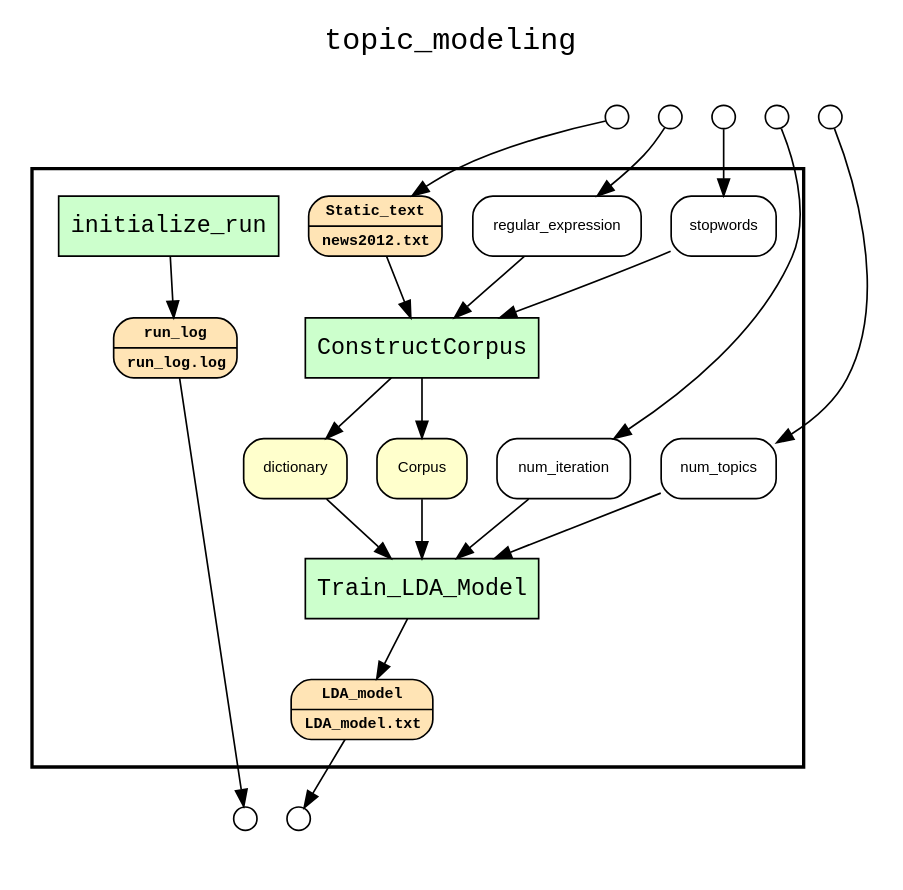
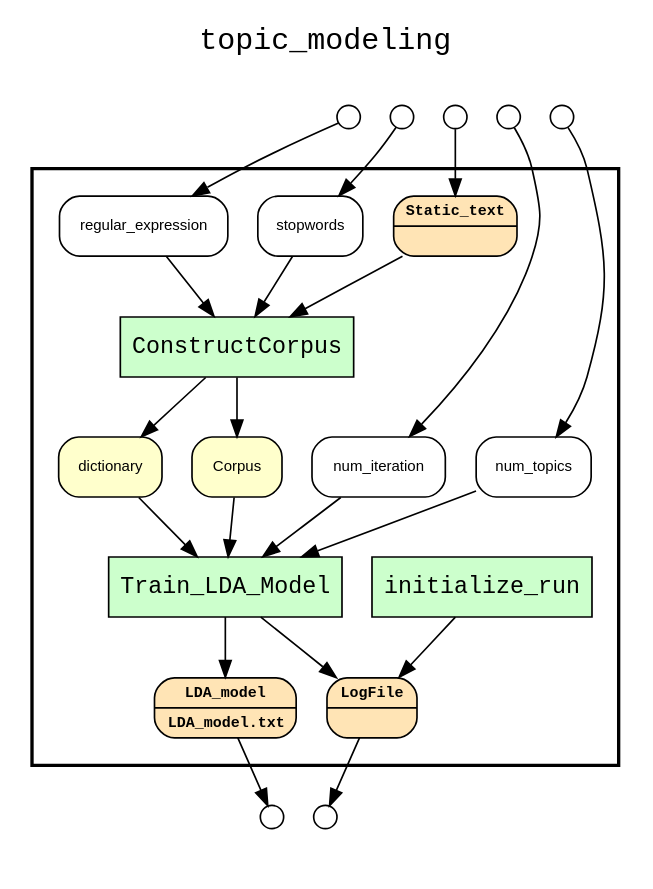
The diagram in text_mining/topic_modeling/results/wf_recon_complete_graph_all_observables.gv (LanLi2017/yw_text-mining), drawn with Graphviz before and after one commit. The commit also changed 33 other files, not shown here.

```diff
--- a/text_mining/topic_modeling/results/wf_recon_complete_graph_all_observables.gv
+++ b/text_mining/topic_modeling/results/wf_recon_complete_graph_all_observables.gv
@@ -1,60 +1,61 @@
 
 digraph yw_data_view {
 rankdir=TB
 fontname=Courier; fontsize=18; labelloc=t
 label="topic_modeling"
 subgraph cluster_workflow { label=""; color=black; penwidth=2
 subgraph cluster_workflow_inner { label=""; color=white
 node[shape=box style="filled" fillcolor="#CCFFCC" peripheries=1 fontname=Courier]
 initialize_run
 Train_LDA_Model
 node[shape=box style="filled" fillcolor="#CCFFCC" peripheries=1 fontname=Courier]
 ConstructCorpus
 node[shape=box style="rounded,filled" fillcolor="#FFE4B5" peripheries=1 fontname="Courier-Bold" fontsize=9]
-Static_text[shape=record rankdir=LR label="{<f0> Static_text |<f1>news2012.txt\l}"]
+Static_text[shape=record rankdir=LR label="{<f0> Static_text |<f1>}"]
 node[shape=box style="rounded,filled" fillcolor="#FFFFCC" peripheries=1 fontname=Helvetica]
 dictionary
 Corpus
 node[shape=box style="rounded,filled" fillcolor="#FFE4B5" peripheries=1 fontname="Courier-Bold" fontsize=9]
-run_log[shape=record rankdir=LR label="{<f0> run_log |<f1>run_log.log\l}"]
+LogFile[shape=record rankdir=LR label="{<f0> LogFile |<f1>}"]
 LDA_model[shape=record rankdir=LR label="{<f0> LDA_model |<f1>LDA_model.txt\l}"]
 node[shape=box style="rounded,filled" fillcolor="#FFFFFF" peripheries=1 fontname=Helvetica]
 stopwords
 regular_expression
 num_iteration
 num_topics
 }}
 subgraph cluster_inflows { label=""; color=white; penwidth=2
 subgraph cluster_inflows_inner { label=""; color=white
 node[shape=circle fillcolor="#FFFFFF" peripheries=1 width=0.2]
 Static_text_inflow [label=""]
 stopwords_inflow [label=""]
 regular_expression_inflow [label=""]
 num_iteration_inflow [label=""]
 num_topics_inflow [label=""]
 }}
 subgraph cluster_outflows { label=""; color=white; penwidth=2
 subgraph cluster_outflows_inner { label=""; color=white
 node[shape=circle fillcolor="#FFFFFF" peripheries=1 width=0.2]
 LDA_model_outflow [label=""]
-run_log_outflow [label=""]
+LogFile_outflow [label=""]
 }}
 Static_text -> ConstructCorpus
 stopwords -> ConstructCorpus
 regular_expression -> ConstructCorpus
 dictionary -> Train_LDA_Model
 Corpus -> Train_LDA_Model
 num_iteration -> Train_LDA_Model
 num_topics -> Train_LDA_Model
-initialize_run -> run_log
+initialize_run -> LogFile
 ConstructCorpus -> dictionary
 ConstructCorpus -> Corpus
+Train_LDA_Model -> LogFile
 Train_LDA_Model -> LDA_model
 Static_text_inflow -> Static_text
 stopwords_inflow -> stopwords
 regular_expression_inflow -> regular_expression
 num_iteration_inflow -> num_iteration
 num_topics_inflow -> num_topics
 LDA_model -> LDA_model_outflow
-run_log -> run_log_outflow
+LogFile -> LogFile_outflow
 }
```
